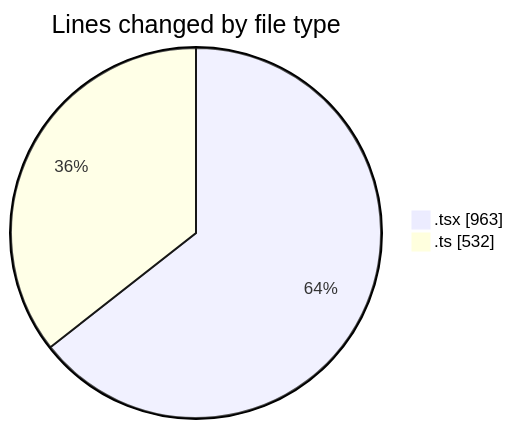
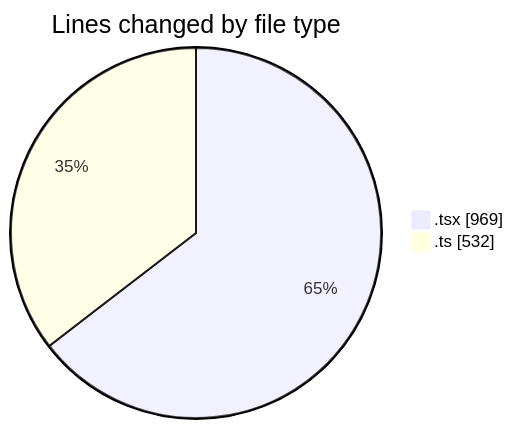
One commit to momahboobian/code-tracking changed the first of 2 diagrams in 2025-07-11/cda/README.md. Above: the diagram before and after it, drawn with Mermaid. The commit also changed other lines of this file and 1 other file, not shown here.

````diff
--- a/2025-07-11/cda/README.md
+++ b/2025-07-11/cda/README.md
@@ -24,6 +24,6 @@
 ```mermaid
 pie showData
 title Lines changed by file type
-".tsx" : 963
+".tsx" : 969
 ".ts" : 532
 ```
````
